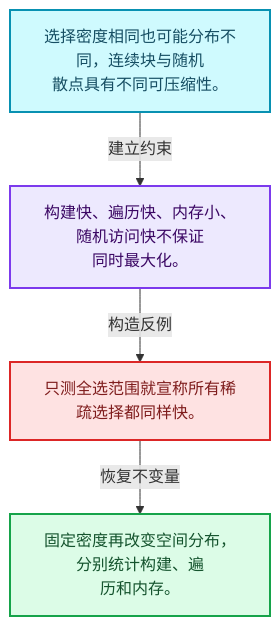
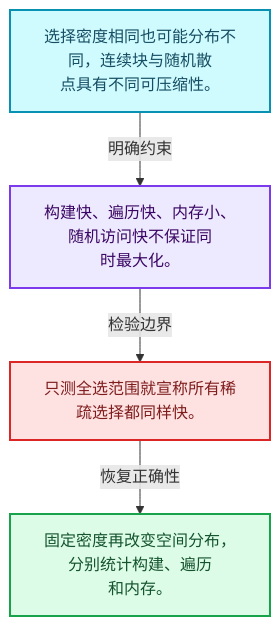
Before and after one commit to yunkezengren/blender-.vscode: the first of 4 diagrams in 杂/markdown/全面学习-codex/04-虚拟数组与索引选择/12-重构历史与基准练习.md, drawn with Mermaid. The commit also changed other lines of this file and 1930 other files, not shown here.

````diff
--- a/杂/markdown/全面学习-codex/04-虚拟数组与索引选择/12-重构历史与基准练习.md
+++ b/杂/markdown/全面学习-codex/04-虚拟数组与索引选择/12-重构历史与基准练习.md
@@ -29,16 +29,16 @@
 ```mermaid
 flowchart TB
-  M["选择密度相同也可能分布不同，连续块与随机<br/>散点具有不同可压缩性。"]:::data
-  T["构建快、遍历快、内存小、随机访问快不保证<br/>同时最大化。"]:::abstraction
-  X["只测全选范围就宣称所有稀疏选择都同样快。"]:::error
-  A["固定密度再改变空间分布，分别统计构建、遍<br/>历和内存。"]:::result
-  M -->|"建立约束"| T
-  T -->|"构造反例"| X
-  X -->|"恢复不变量"| A
+  M["选择密度相同也可能分布不同，连续块与随机散<br/>点具有不同可压缩性。"]:::data
+  C["构建快、遍历快、内存小、随机访问快不保证同<br/>时最大化。"]:::abstraction
+  B["只测全选范围就宣称所有稀疏选择都同样快。"]:::error
+  R["固定密度再改变空间分布，分别统计构建、遍历<br/>和内存。"]:::result
+  M -->|"明确约束"| C
+  C -->|"检验边界"| B
+  B -->|"恢复正确性"| R
   classDef input fill:#DBEAFE,stroke:#2563EB,color:#172554,stroke-width:2px;
   classDef data fill:#CFFAFE,stroke:#0891B2,color:#164E63,stroke-width:2px;
   classDef abstraction fill:#EDE9FE,stroke:#7C3AED,color:#3B0764,stroke-width:2px;
   classDef compute fill:#FEF3C7,stroke:#D97706,color:#78350F,stroke-width:2px;
   classDef result fill:#DCFCE7,stroke:#16A34A,color:#14532D,stroke-width:2px;
   classDef error fill:#FEE2E2,stroke:#DC2626,color:#7F1D1D,stroke-width:2px;
 ```
````
